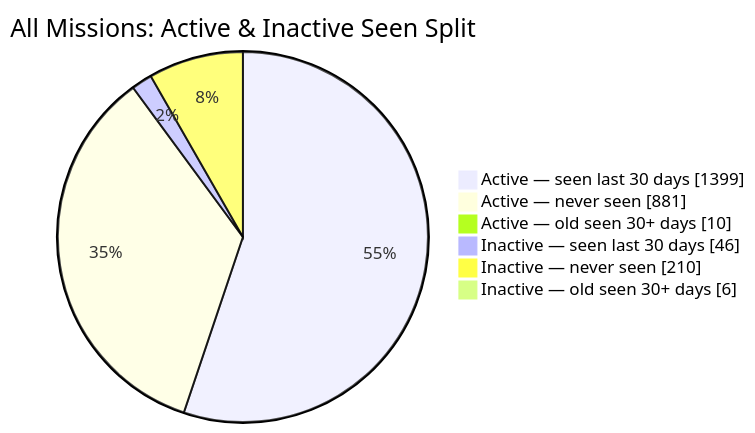
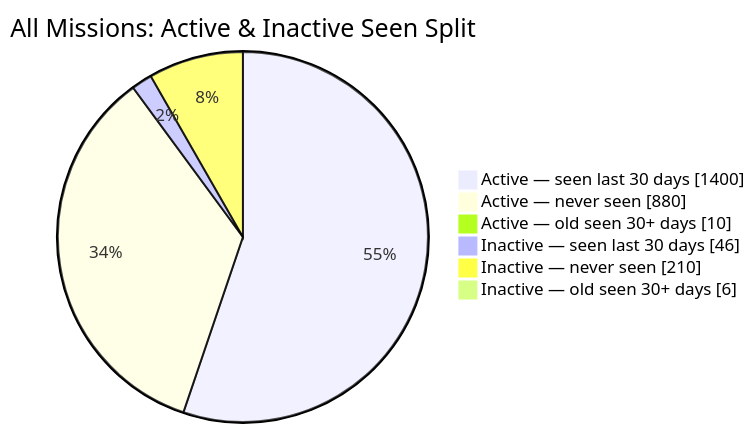
Before and after one commit to MeldkamerspelGameTeam/active-missions: the second of 2 diagrams in README.md, drawn with Mermaid. The commit also changed other lines of this file and 3 other files, not shown here.

````diff
--- a/README.md
+++ b/README.md
@@ -44,10 +44,10 @@
 ```mermaid
 pie showData
     title All Missions: Active & Inactive Seen Split
-    "Active — seen last 30 days" : 1399
-    "Active — never seen" : 881
+    "Active — seen last 30 days" : 1400
+    "Active — never seen" : 880
     "Active — old seen 30+ days" : 10
     "Inactive — seen last 30 days" : 46
     "Inactive — never seen" : 210
     "Inactive — old seen 30+ days" : 6
 ```
````
